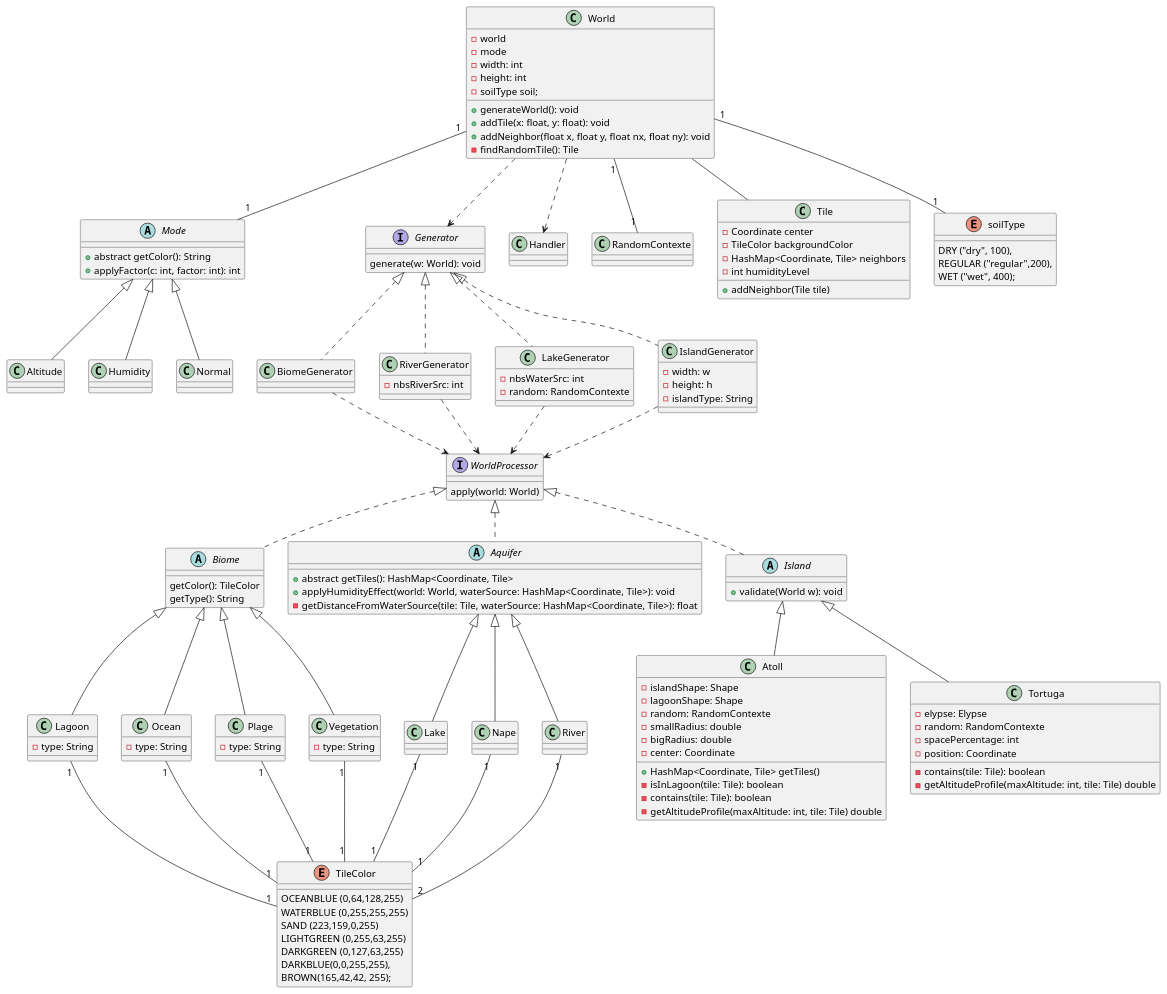
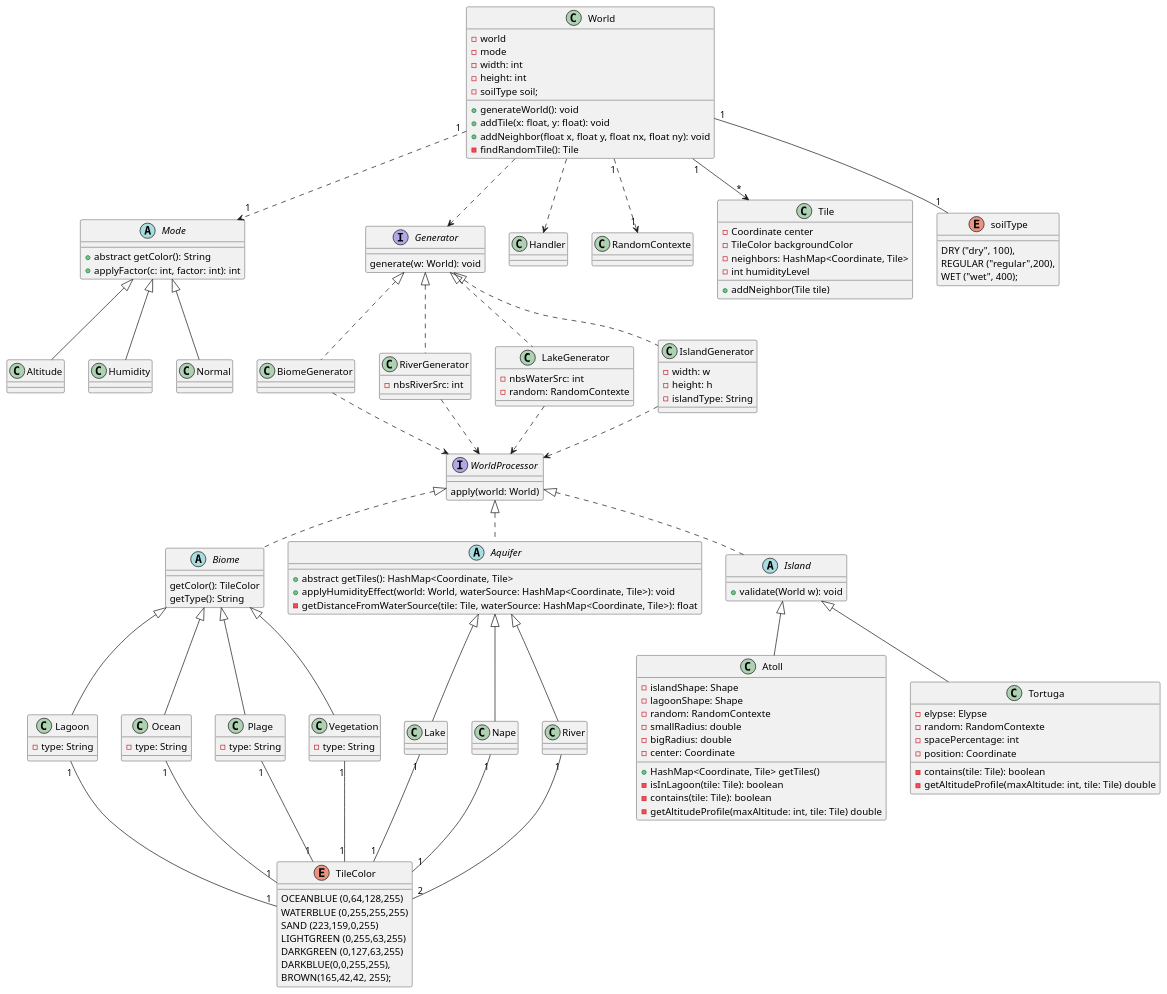
The diagram in diagrammeDeClasse_map.puml (cryptoswarm/terrain-generator), drawn with PlantUML before and after one commit.

Commit message:
Class diagram

```diff
--- a/diagrammeDeClasse_map.puml
+++ b/diagrammeDeClasse_map.puml
@@ -1,196 +1,196 @@
 @startuml
 
 class World {
     - world
     - mode
     - width: int
     - height: int
     - soilType soil;
 
     + generateWorld(): void
     + addTile(x: float, y: float): void
     + addNeighbor(float x, float y, float nx, float ny): void
     - findRandomTile(): Tile
 }
 
 class Handler
 
 class RandomContexte
 
 Interface WorldProcessor {
     apply(world: World)
 }
 
 ''' Generator '''
 Interface Generator {
     generate(w: World): void
 }
 
 Class BiomeGenerator
 
 Class RiverGenerator {
     - nbsRiverSrc: int
 }
 
 Class LakeGenerator {
     - nbsWaterSrc: int
     - random: RandomContexte
 }
 
 Class IslandGenerator {
     - width: w
     - height: h
     - islandType: String
 }
 
 BiomeGenerator .up.|> Generator
 IslandGenerator .up.|> Generator
 RiverGenerator .up.|> Generator
 LakeGenerator .up.|> Generator
 
 
 
 ''' Island '''
 Abstract Island {
     + validate(World w): void
 }
 
 class Atoll {
     - islandShape: Shape
     - lagoonShape: Shape
     - random: RandomContexte
     - smallRadius: double
     - bigRadius: double
     - center: Coordinate
     + HashMap<Coordinate, Tile> getTiles()
     - isInLagoon(tile: Tile): boolean
     - contains(tile: Tile): boolean
     - getAltitudeProfile(maxAltitude: int, tile: Tile) double
 }
 
 Class Tortuga{
     - elypse: Elypse
     - random: RandomContexte
     - spacePercentage: int
     - position: Coordinate
     - contains(tile: Tile): boolean
     - getAltitudeProfile(maxAltitude: int, tile: Tile) double
 }
 
 Atoll -up-|> Island
 Tortuga -up-|> Island
 
 
 
 ''' Aquifer '''
 Abstract Aquifer {
         + abstract getTiles(): HashMap<Coordinate, Tile>
         + applyHumidityEffect(world: World, waterSource: HashMap<Coordinate, Tile>): void
         - getDistanceFromWaterSource(tile: Tile, waterSource: HashMap<Coordinate, Tile>): float
 }
 
 class Lake
 
 class Nape
 
 Lake -up-|> Aquifer
 Nape -up-|> Aquifer
 River -up-|> Aquifer
 
 ''' Biome '''
 Abstract Biome {
     getColor(): TileColor
     getType(): String
 }
 
 class Lagoon {
     - type: String
 }
 
 class Ocean{
     - type: String
 }
 
 class Plage{
     - type: String
 }
 
 class Vegetation{
     - type: String
 }
 
 Vegetation -up-|> Biome
 Lagoon -up-|> Biome
 Ocean -up-|> Biome
 Plage -up-|> Biome
 
 ''' Mode '''
 
 Abstract Mode {
     + abstract getColor(): String
     + applyFactor(c: int, factor: int): int
 }
 
 class Altitude
 class Humidity
 class Normal
 
 Altitude -up-|> Mode
 Humidity -up-|> Mode
 Normal -up-|> Mode
 
 Class Tile{
     - Coordinate center
     - TileColor backgroundColor
-    - HashMap<Coordinate, Tile> neighbors
+    - neighbors: HashMap<Coordinate, Tile>
     - int humidityLevel
     + addNeighbor(Tile tile)
 }
 
 Enum TileColor{
     OCEANBLUE (0,64,128,255)
     WATERBLUE (0,255,255,255)
     SAND (223,159,0,255)
     LIGHTGREEN (0,255,63,255)
     DARKGREEN (0,127,63,255)
     DARKBLUE(0,0,255,255),
     BROWN(165,42,42, 255);
 }
 
 Enum soilType {
     DRY ("dry", 100),
     REGULAR ("regular",200),
     WET ("wet", 400);
 }
 
-World -- Tile
+World "1" --> "*" Tile
 World ..> Generator
 World ..> Handler
 World "1" -- "1" soilType
-World "1" -- "1" RandomContexte
-World "1" -- "1" Mode
+World "1" ..> "1" RandomContexte
+World "1" ..> "1" Mode
 
 Biome .up.|> WorldProcessor
 Island .up.|> WorldProcessor
 Aquifer .up.|> WorldProcessor
 
 
 BiomeGenerator ..> WorldProcessor
 IslandGenerator ..> WorldProcessor
 RiverGenerator ..> WorldProcessor
 LakeGenerator ..> WorldProcessor
 
 Lake "1" -- "1" TileColor
 Nape "1" -- "1" TileColor
 River "1" -- "2" TileColor
 
 Plage "1" -- "1" TileColor
 Ocean "1" -- "1" TileColor
 Vegetation "1" -- "1" TileColor
 Lagoon "1" -- "1" TileColor
 
 
 
 
 
 @enduml
```
